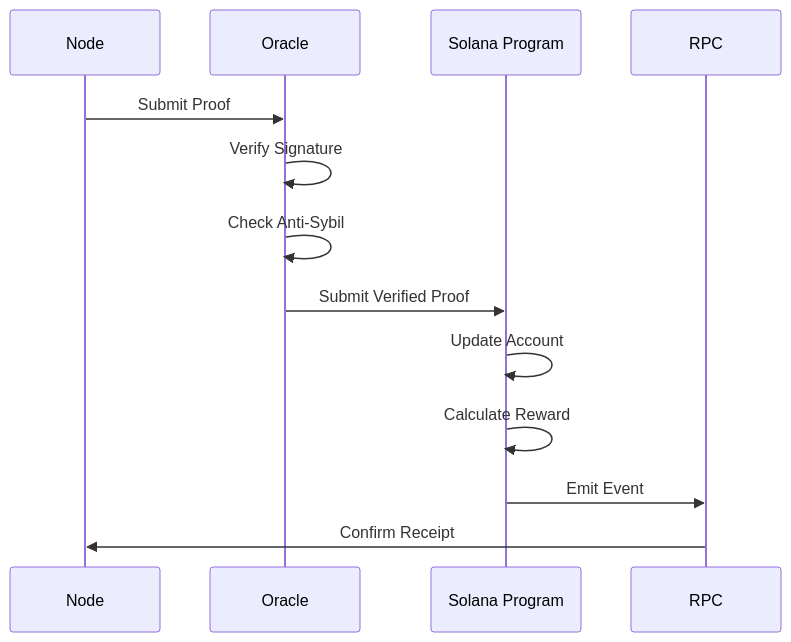
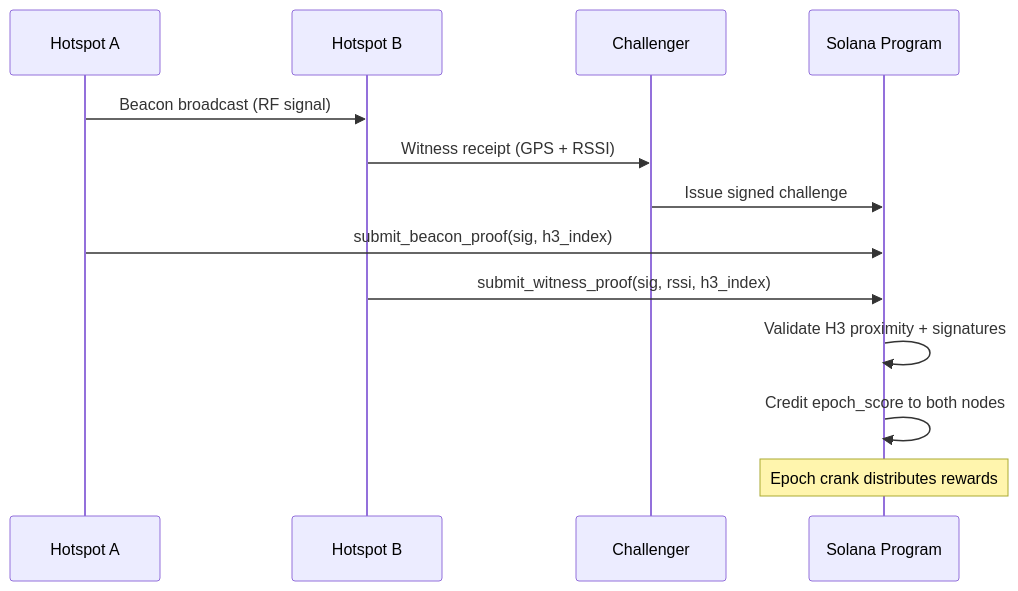
One commit to Stan-lee13/solana-depin-builder-skill changed the second of 12 diagrams in commands/depin-diagram.md. Above: the diagram before and after it, drawn with Mermaid. The commit also changed other lines of this file, not shown here.

Commit message:
feat: add Mermaid diagrams for all 7 DePIN patterns — mapping GPS-spoof flowchart, energy meter-to-credit sequence, demand response flow, storage challenge-response, authority hierarchy security diagram

````diff
--- a/commands/depin-diagram.md
+++ b/commands/depin-diagram.md
@@ -92,16 +52,15 @@
 ```mermaid
 sequenceDiagram
-    participant N as Node
-    participant O as Oracle
+    participant HS_A as Hotspot A
+    participant HS_B as Hotspot B
+    participant CH as Challenger
     participant P as Solana Program
-    participant R as RPC
-    
-    N->>O: Submit Proof
-    O->>O: Verify Signature
-    O->>O: Check Anti-Sybil
-    O->>P: Submit Verified Proof
-    P->>P: Update Account
-    P->>P: Calculate Reward
-    P->>R: Emit Event
-    R->>N: Confirm Receipt
+    HS_A->>HS_B: Beacon broadcast (RF signal)
+    HS_B->>CH: Witness receipt (GPS + RSSI)
+    CH->>P: Issue signed challenge
+    HS_A->>P: submit_beacon_proof(sig, h3_index)
+    HS_B->>P: submit_witness_proof(sig, rssi, h3_index)
+    P->>P: Validate H3 proximity + signatures
+    P->>P: Credit epoch_score to both nodes
+    Note over P: Epoch crank distributes rewards
 ```
````
